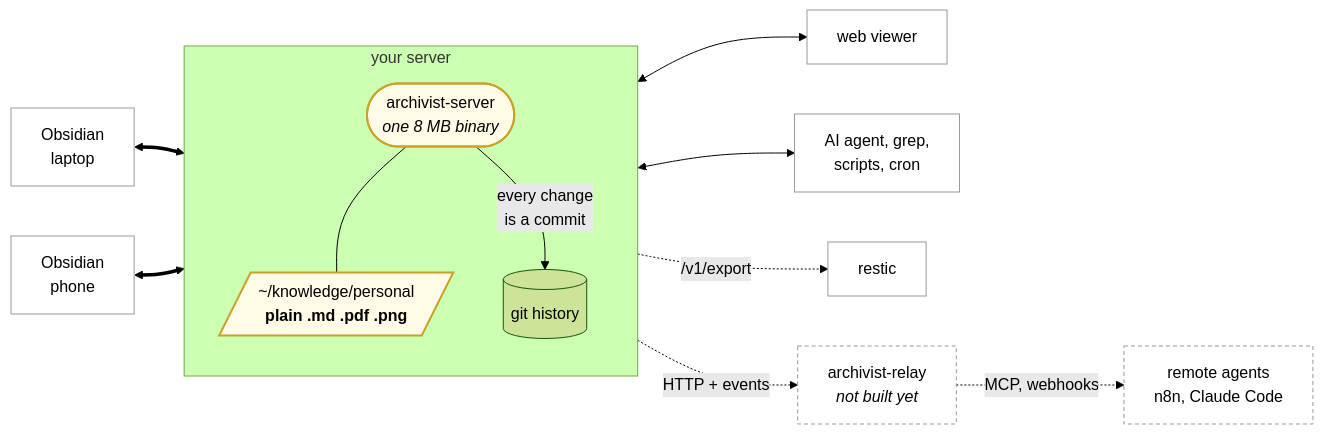
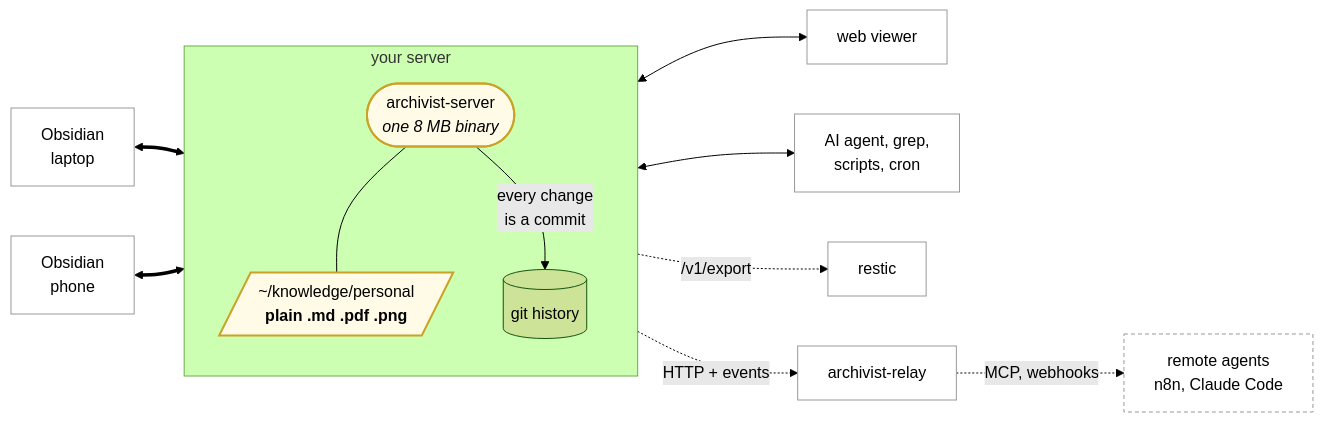
One commit to pkronstrom/obsidian-archivist changed the diagram in README.md. Above: the diagram before and after it, drawn with Mermaid (forest theme). The commit also changed other lines of this file and 3 other files, not shown here.

````diff
--- a/README.md
+++ b/README.md
@@ -44,37 +44,37 @@
 ```mermaid
 flowchart LR
     mac["Obsidian<br/>laptop"]
     phone["Obsidian<br/>phone"]
 
     subgraph server ["your server"]
         direction TB
         vs(["archivist-server<br/><i>one 8 MB binary</i>"])
         vault[/"~/knowledge/personal<br/><b>plain .md .pdf .png</b>"/]
         git[("git history")]
         vs --- vault
         vs -->|"every change<br/>is a commit"| git
     end
 
     web["web viewer"]
     local["AI agent, grep,<br/>scripts, cron"]
     restic["restic"]
-    relay["archivist-relay<br/><i>not built yet</i>"]
+    relay["archivist-relay"]
     remote["remote agents<br/>n8n, Claude Code"]
 
     mac <==> vs
     phone <==> vs
 
     vault <--> web
     vault <--> local
 
     vs -.->|"/v1/export"| restic
     vs -.->|"HTTP + events"| relay
     relay -.->|"MCP, webhooks"| remote
 
     classDef plain fill:#fff,stroke:#999
     classDef hot fill:#fffbe6,stroke:#c9a227,stroke-width:2px
     classDef todo fill:#fff,stroke:#999,stroke-dasharray:4 3
     class vault,vs hot
-    class mac,phone,web,local,restic plain
-    class relay,remote todo
+    class mac,phone,web,local,restic,relay plain
+    class remote todo
 ```
````
